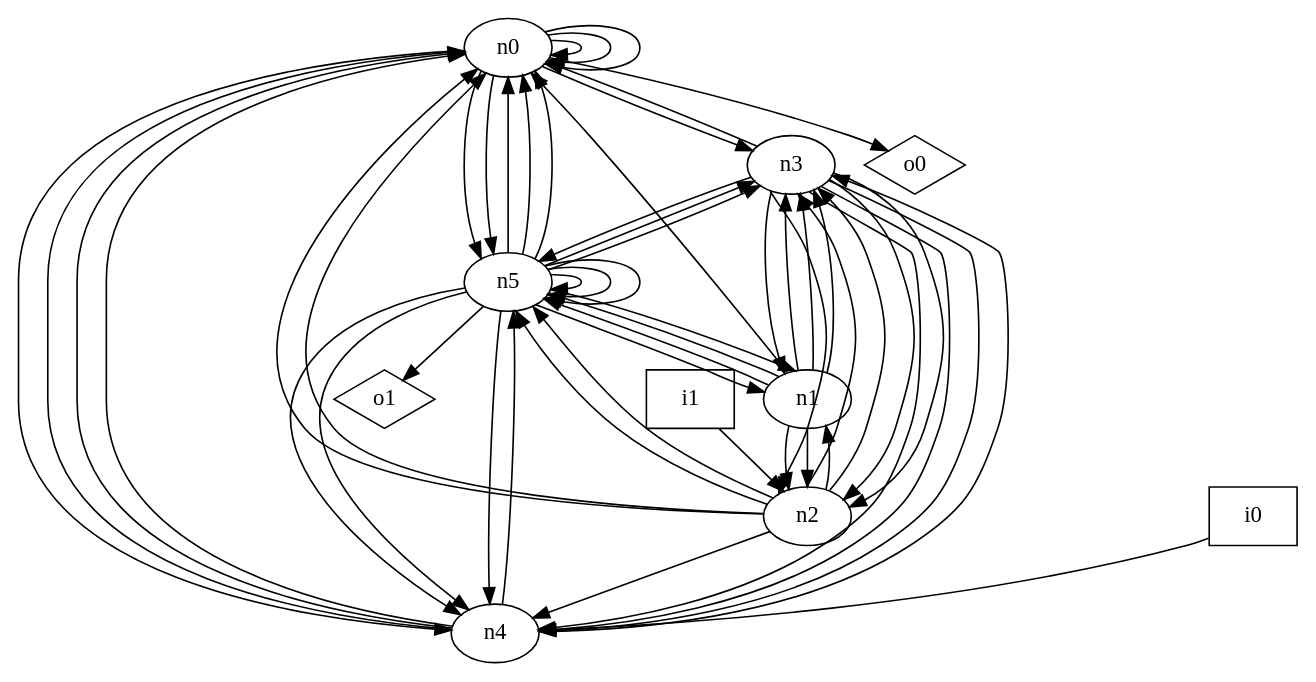
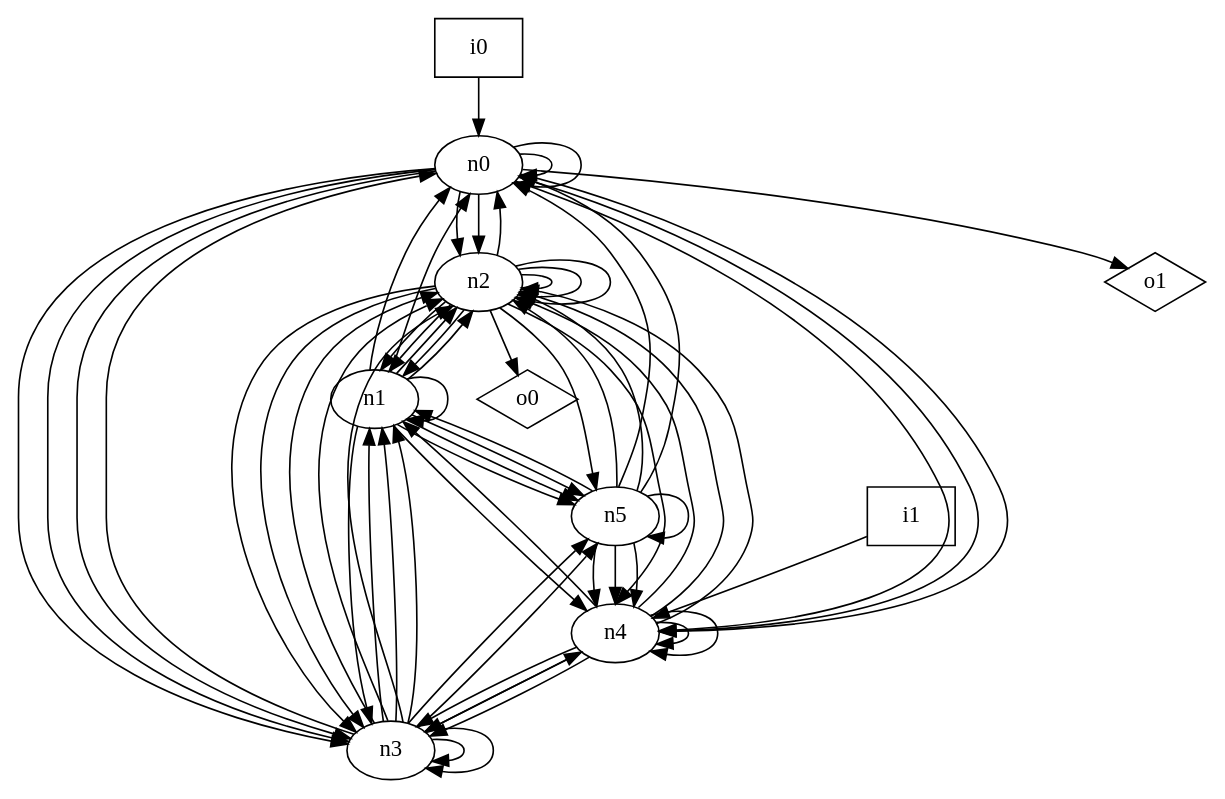
One commit to p9romain/bool-circuits changed the diagram in dot_files/random/random_graph.dot. Above: the diagram before and after it, drawn with Graphviz. The commit also changed 23 other files, not shown here.

```diff
--- a/dot_files/random/random_graph.dot
+++ b/dot_files/random/random_graph.dot
@@ -1,66 +1,77 @@
 digraph G {
 n0 [label="n0"];
 n1 [label="n1"];
 n2 [label="n2"];
 n3 [label="n3"];
 n4 [label="n4"];
 n5 [label="n5"];
 n6 [label="i0",shape="box"];
 n7 [label="i1",shape="box"];
 n8 [label="o0",shape="diamond"];
 n9 [label="o1",shape="diamond"];
 n0 -> n0
 n0 -> n0
-n0 -> n0
+n0 -> n2
+n0 -> n2
+n0 -> n3
+n0 -> n3
 n0 -> n3
 n0 -> n4
-n0 -> n5
-n0 -> n5
-n0 -> n8
+n0 -> n4
+n0 -> n4
+n0 -> n9
 n1 -> n0
+n1 -> n0
+n1 -> n1
 n1 -> n2
 n1 -> n2
 n1 -> n3
-n1 -> n3
-n1 -> n3
+n1 -> n4
+n1 -> n5
 n1 -> n5
 n1 -> n5
 n2 -> n0
-n2 -> n0
 n2 -> n1
+n2 -> n1
+n2 -> n1
+n2 -> n2
+n2 -> n2
+n2 -> n2
 n2 -> n3
 n2 -> n3
 n2 -> n4
 n2 -> n5
-n2 -> n5
+n2 -> n8
 n3 -> n0
+n3 -> n1
+n3 -> n1
 n3 -> n1
 n3 -> n2
 n3 -> n2
 n3 -> n2
-n3 -> n4
-n3 -> n4
+n3 -> n3
+n3 -> n3
 n3 -> n4
 n3 -> n5
-n4 -> n0
-n4 -> n0
-n4 -> n0
+n3 -> n5
+n4 -> n1
+n4 -> n2
+n4 -> n2
+n4 -> n2
 n4 -> n3
-n4 -> n5
-n5 -> n0
+n4 -> n3
+n4 -> n3
+n4 -> n4
+n4 -> n4
 n5 -> n0
 n5 -> n0
 n5 -> n1
-n5 -> n1
-n5 -> n3
-n5 -> n3
+n5 -> n2
+n5 -> n2
 n5 -> n4
 n5 -> n4
 n5 -> n4
 n5 -> n5
-n5 -> n5
-n5 -> n5
-n5 -> n9
-n6 -> n4
-n7 -> n2
+n6 -> n0
+n7 -> n4
 }
```
